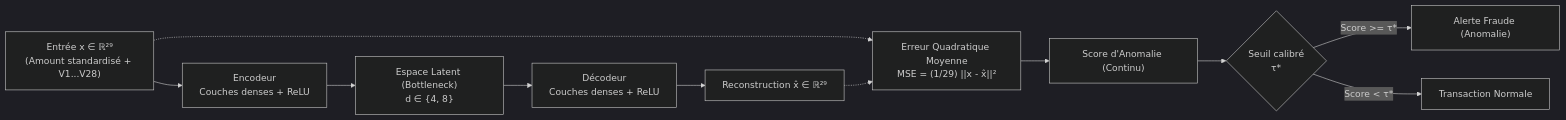
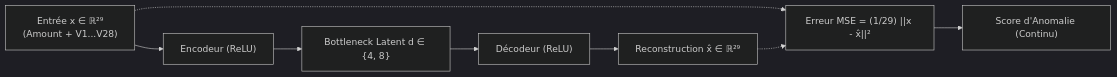
Before and after one commit to HananeDjouadi/TP-Anomalie-ML: the second of 3 diagrams in les syntheses/Rapport_Partie2_et_3_Detection_Fraudes.md, drawn with Mermaid (dark theme). The commit also changed other lines of this file and 1 other file, not shown here.

````diff
--- a/les syntheses/Rapport_Partie2_et_3_Detection_Fraudes.md
+++ b/les syntheses/Rapport_Partie2_et_3_Detection_Fraudes.md
@@ -208,13 +147,10 @@
 ```mermaid
 flowchart LR
-    X["Entrée x ∈ ℝ²⁹\n(Amount standardisé + V1...V28)"] --> E["Encodeur\nCouches denses + ReLU"]
-    E --> Z["Espace Latent (Bottleneck)\nd ∈ {4, 8}"]
-    Z --> D["Décodeur\nCouches denses + ReLU"]
+    X["Entrée x ∈ ℝ²⁹\n(Amount + V1...V28)"] --> E["Encodeur (ReLU)"]
+    E --> Z["Bottleneck Latent d ∈ {4, 8}"]
+    Z --> D["Décodeur (ReLU)"]
     D --> X_hat["Reconstruction x̂ ∈ ℝ²⁹"]
-    X -.-> L["Erreur Quadratique Moyenne\nMSE = (1/29) ||x - x̂||²"]
+    X -.-> L["Erreur MSE = (1/29) ||x - x̂||²"]
     X_hat -.-> L
     L --> Score["Score d'Anomalie (Continu)"]
-    Score --> Decision{"Seuil calibré\nτ*"}
-    Decision -->|"Score >= τ*"| Alerte["Alerte Fraude (Anomalie)"]
-    Decision -->|"Score < τ*"| Normale["Transaction Normale"]
 ```
````
